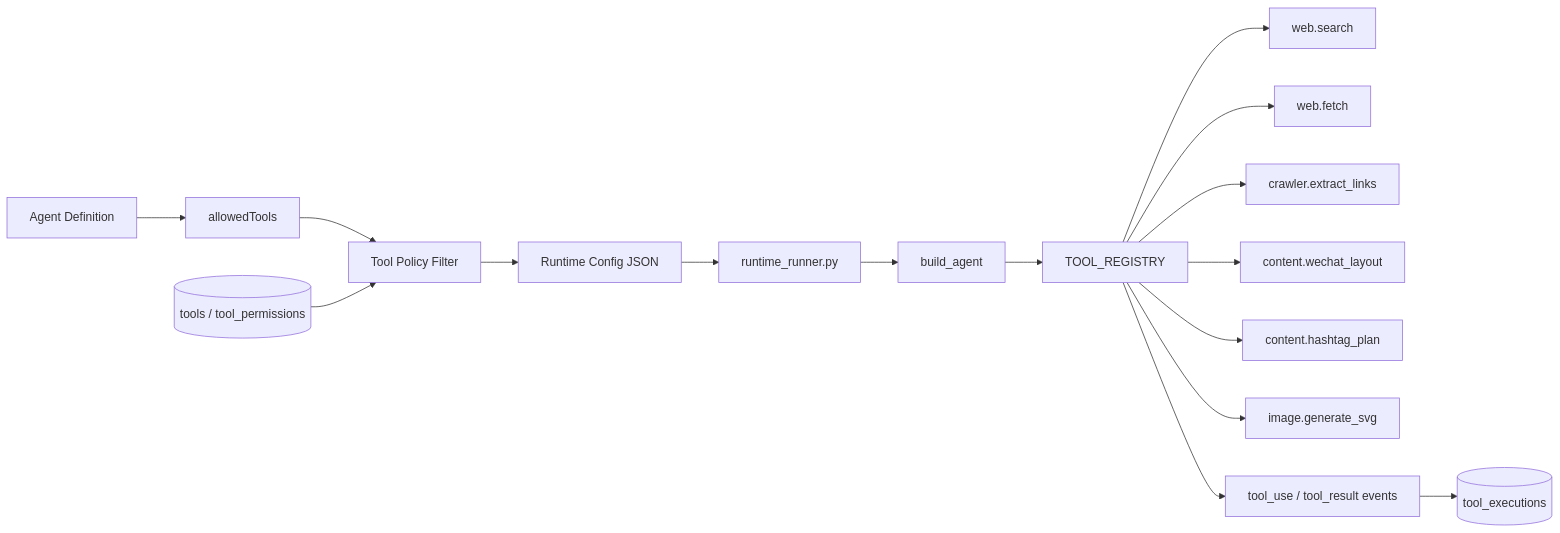
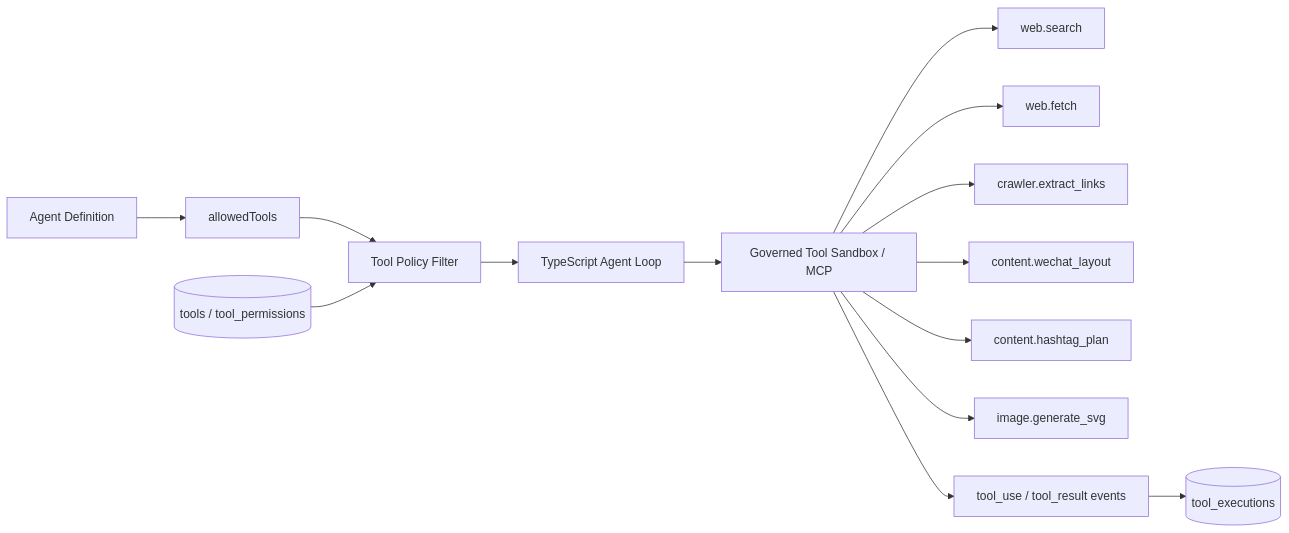
The fifth of 14 diagrams in docs/ARCHITECTURE.md (Zchary1106/Myrmecia), drawn with Mermaid before and after one commit. The commit also changed other lines of this file and 271 other files, not shown here.

Commit message:
feat: complete workspace lifecycle and agent runtime governance

````diff
--- a/docs/ARCHITECTURE.md
+++ b/docs/ARCHITECTURE.md
@@ -227,18 +228,16 @@
 ```mermaid
 flowchart LR
   Agent[Agent Definition] --> Allowed[allowedTools]
   Allowed --> Policy[Tool Policy Filter]
   Catalog[(tools / tool_permissions)] --> Policy
-  Policy --> RuntimeConfig[Runtime Config JSON]
-  RuntimeConfig --> PythonRuntime[runtime_runner.py]
-  PythonRuntime --> Builder[build_agent]
-  Builder --> ToolRegistry[TOOL_REGISTRY]
+  Policy --> Loop[TypeScript Agent Loop]
+  Loop --> ToolRegistry[Governed Tool Sandbox / MCP]
   ToolRegistry --> WebSearch[web.search]
   ToolRegistry --> WebFetch[web.fetch]
   ToolRegistry --> Crawler[crawler.extract_links]
   ToolRegistry --> Layout[content.wechat_layout]
   ToolRegistry --> Hashtag[content.hashtag_plan]
   ToolRegistry --> Image[image.generate_svg]
   ToolRegistry --> Events[tool_use / tool_result events]
   Events --> Executions[(tool_executions)]
 ```
````
